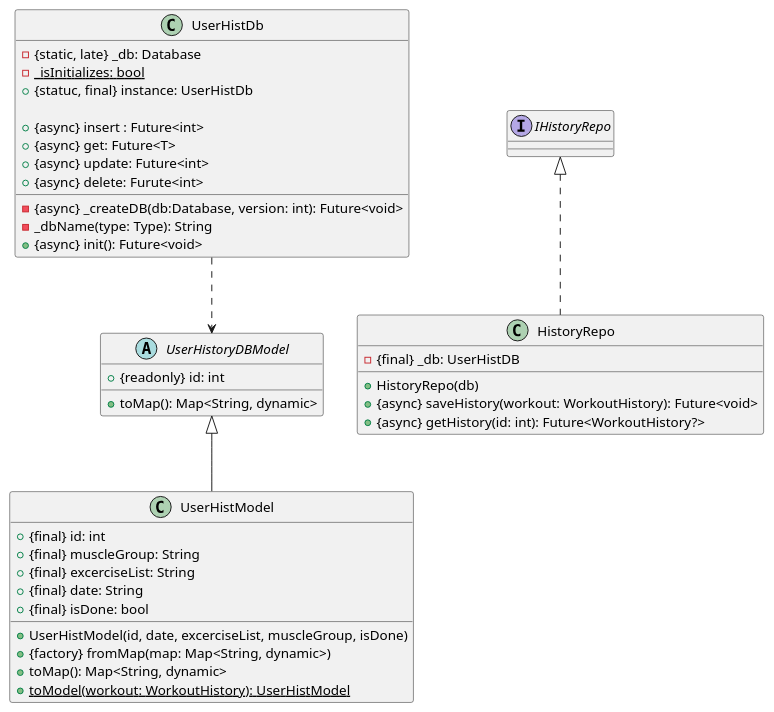
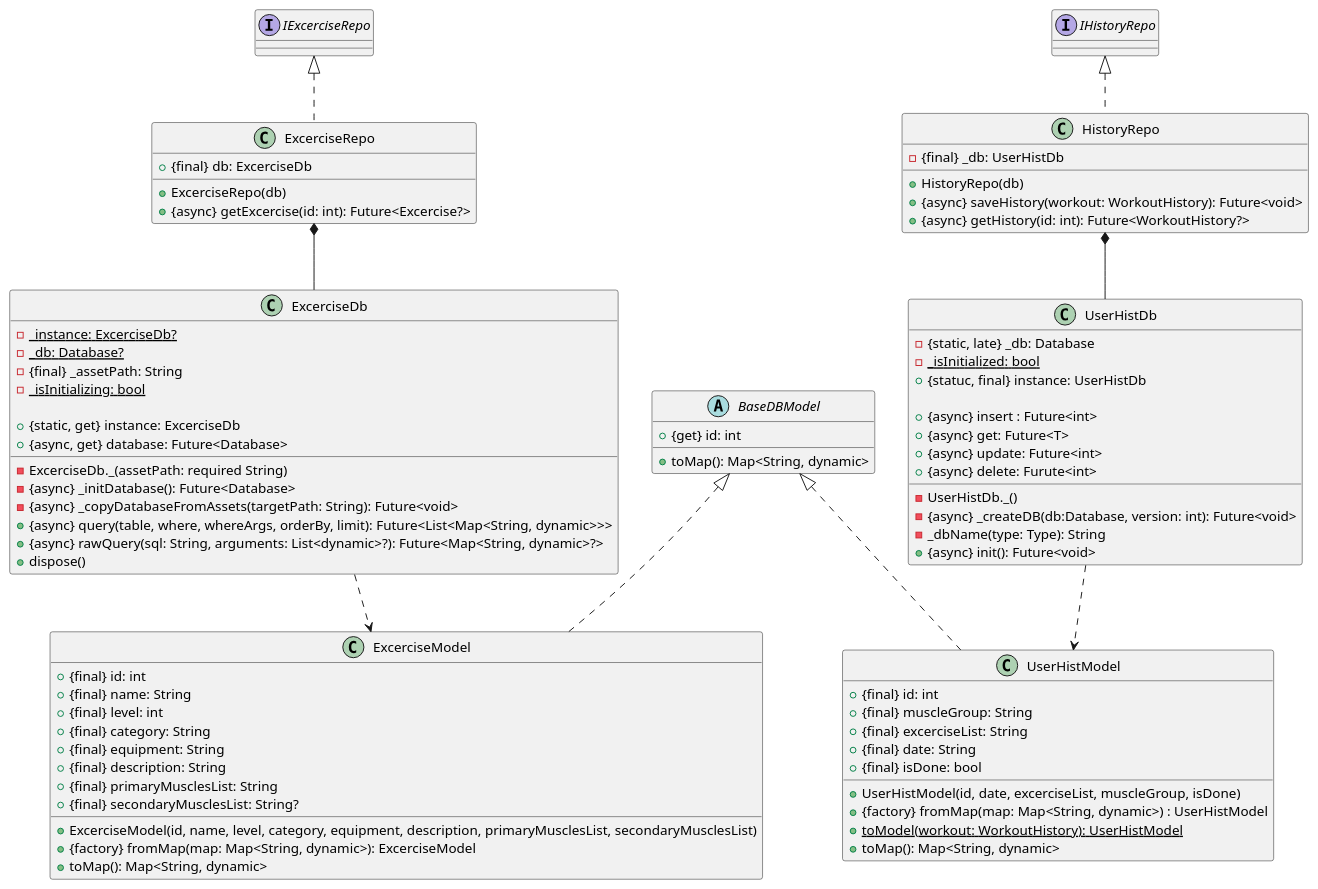
One commit to KATTSS/Workout_planner changed the diagram in user_db.puml. Above: the diagram before and after it, drawn with PlantUML. The commit also changed 10 other files, not shown here.

```diff
--- a/user_db.puml
+++ b/user_db.puml
@@ -1,46 +1,91 @@
 @startuml User_DB
 
 class UserHistDb {
     - {static, late} _db: Database
-    - {static} _isInitializes: bool
+    - {static} _isInitialized: bool
     + {statuc, final} instance: UserHistDb
 
+    - UserHistDb._()
     - {async} _createDB(db:Database, version: int): Future<void>
     - _dbName(type: Type): String
     + {async} init(): Future<void>
     + {async} insert : Future<int>
     + {async} get: Future<T>
     + {async} update: Future<int>
     + {async} delete: Furute<int>
 }
 
-abstract class UserHistoryDBModel {
-    + {readonly} id: int
+class ExcerciseDb {
+    - {static} _instance: ExcerciseDb? 
+    - {static} _db: Database? 
+    - {final} _assetPath: String 
+    - {static} _isInitializing: bool 
+
+    + {static, get} instance: ExcerciseDb
+    + {async, get} database: Future<Database>
+
+    - ExcerciseDb._(assetPath: required String)
+    - {async} _initDatabase(): Future<Database> 
+    - {async} _copyDatabaseFromAssets(targetPath: String): Future<void>
+    + {async} query(table, where, whereArgs, orderBy, limit): Future<List<Map<String, dynamic>>>
+    + {async} rawQuery(sql: String, arguments: List<dynamic>?): Future<Map<String, dynamic>?>
+    + dispose()
+
+}
+
+UserHistDb ..> UserHistModel
+ExcerciseDb ..> ExcerciseModel 
+
+abstract class BaseDBModel {
+    + {get} id: int
 
     + toMap(): Map<String, dynamic>
 }
 
-class UserHistModel extends UserHistoryDBModel {
+class UserHistModel implements BaseDBModel {
     + {final} id: int
     + {final} muscleGroup: String
     + {final} excerciseList: String
     + {final} date: String
     + {final} isDone: bool
 
     + UserHistModel(id, date, excerciseList, muscleGroup, isDone)
-    + {factory} fromMap(map: Map<String, dynamic>)
+    + {factory} fromMap(map: Map<String, dynamic>) : UserHistModel
+    + {static} toModel(workout: WorkoutHistory): UserHistModel
     + toMap(): Map<String, dynamic>
-    + {static} toModel(workout: WorkoutHistory): UserHistModel
 }
 
-UserHistDb ..> UserHistoryDBModel
+class ExcerciseModel implements BaseDBModel {
+    + {final} id: int
+    + {final} name: String
+    + {final} level: int 
+    + {final} category: String 
+    + {final} equipment: String 
+    + {final} description: String 
+    + {final} primaryMusclesList: String 
+    + {final} secondaryMusclesList: String? 
+
+    + ExcerciseModel(id, name, level, category, equipment, description, primaryMusclesList, secondaryMusclesList)
+    + {factory} fromMap(map: Map<String, dynamic>): ExcerciseModel
+    + toMap(): Map<String, dynamic>
+}
+
 
 class HistoryRepo implements IHistoryRepo {
-    - {final} _db: UserHistDB
+    - {final} _db: UserHistDb
 
     + HistoryRepo(db)
     + {async} saveHistory(workout: WorkoutHistory): Future<void>
     + {async} getHistory(id: int): Future<WorkoutHistory?>
 }
 
+class ExcerciseRepo implements IExcerciseRepo {
+    + {final} db: ExcerciseDb 
+
+    + ExcerciseRepo(db)
+    + {async} getExcercise(id: int): Future<Excercise?>
+}
+
+HistoryRepo *-- UserHistDb
+ExcerciseRepo *-- ExcerciseDb
 @enduml
```
